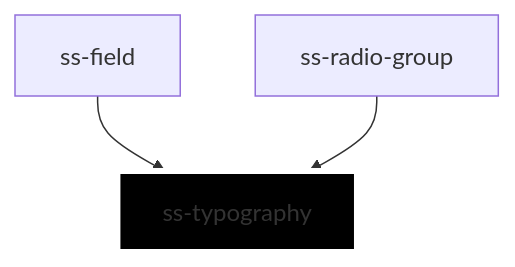
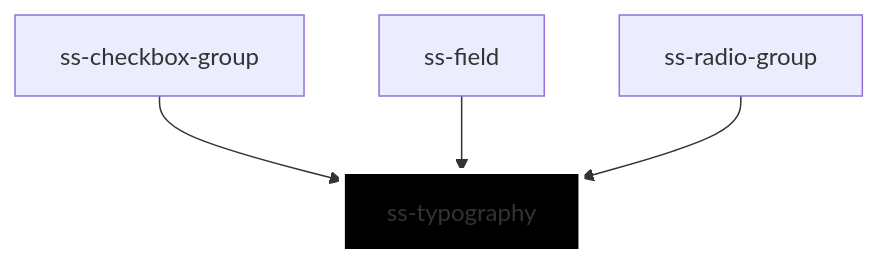
The diagram in src/components/atoms/ss-typography/readme.md (slice-soft/ss-stencil-web-components-lib), drawn with Mermaid before and after one commit. The commit also changed other lines of this file and 12 other files, not shown here.

````diff
--- a/src/components/atoms/ss-typography/readme.md
+++ b/src/components/atoms/ss-typography/readme.md
@@ -42,6 +43,7 @@
 ```mermaid
 graph TD;
+  ss-checkbox-group --> ss-typography
   ss-field --> ss-typography
   ss-radio-group --> ss-typography
   style ss-typography fill:#000,stroke:#fff,stroke-width:4px
 ```
````
